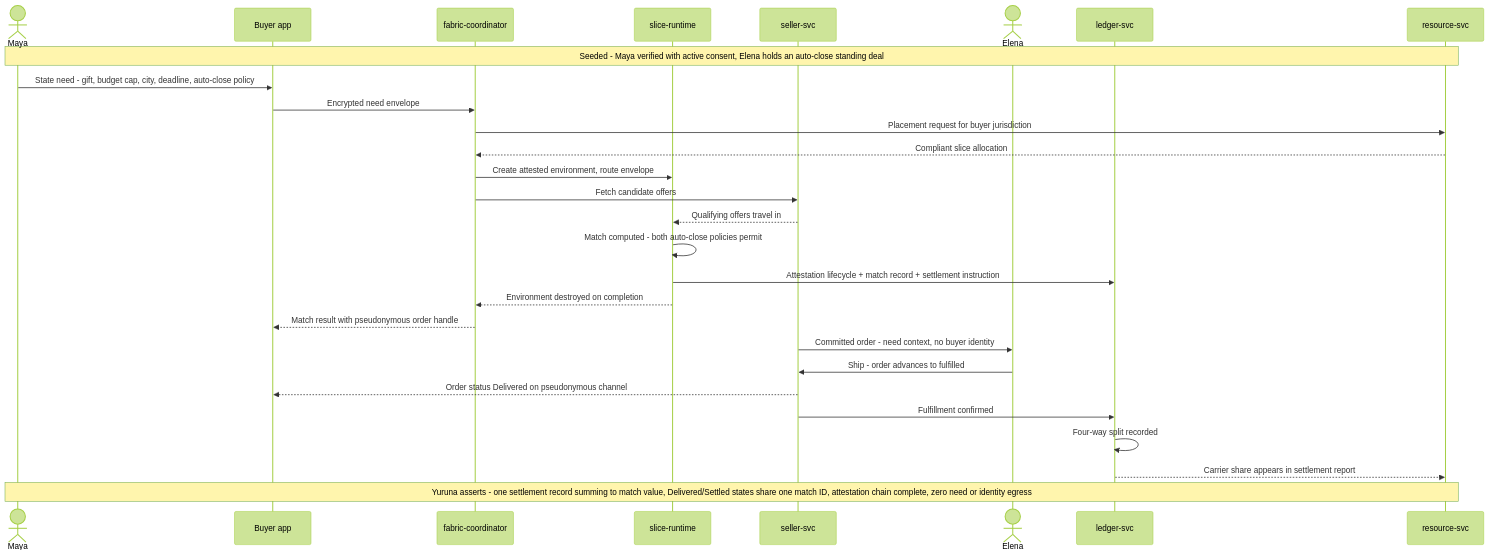
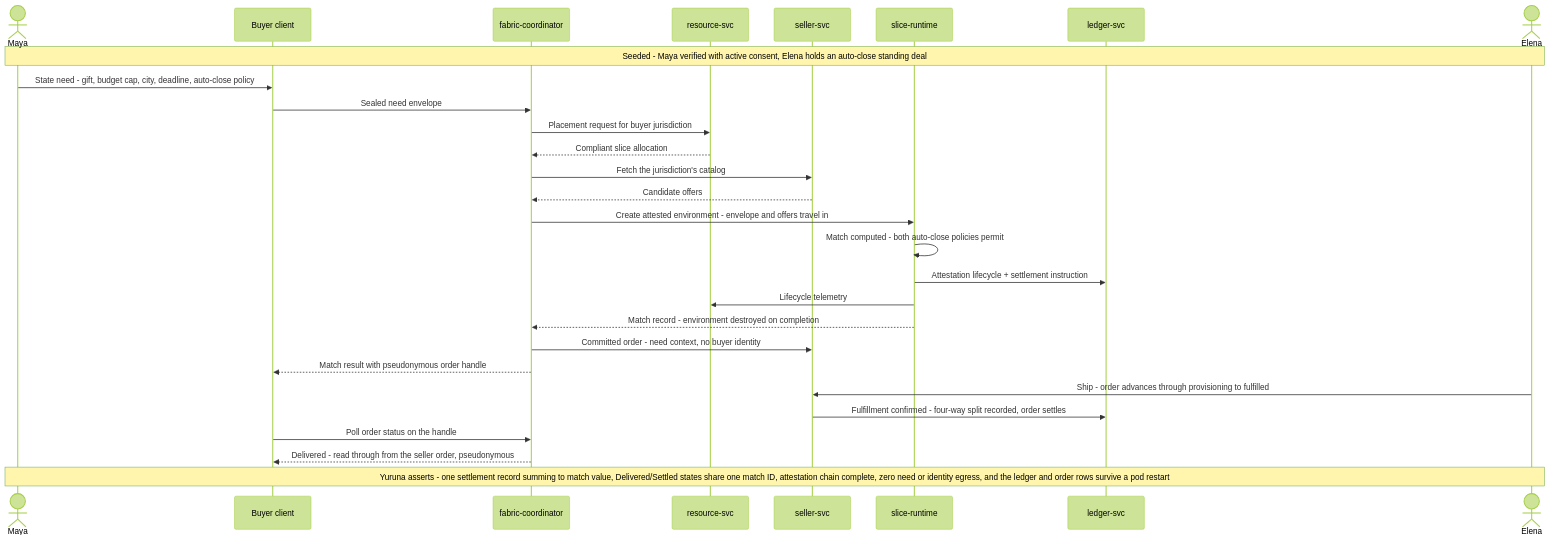
One commit to alius-git/amisad.dev changed the diagram in plan/design/seq.s001.fulfillment.md. Above: the diagram before and after it, drawn with Mermaid (forest theme). The commit also changed other lines of this file and 19 other files, not shown here.

````diff
--- a/plan/design/seq.s001.fulfillment.md
+++ b/plan/design/seq.s001.fulfillment.md
@@ -7,31 +7,31 @@
 ```mermaid
 sequenceDiagram
     actor Maya
-    participant BuyerApp as Buyer app
+    participant BuyerApp as Buyer client
     participant Coordinator as fabric-coordinator
+    participant ResourceSvc as resource-svc
+    participant SellerSvc as seller-svc
     participant SliceRT as slice-runtime
-    participant SellerSvc as seller-svc
+    participant LedgerSvc as ledger-svc
     actor Elena
-    participant LedgerSvc as ledger-svc
-    participant ResourceSvc as resource-svc
 
-    Note over Maya,ResourceSvc: Seeded - Maya verified with active consent, Elena holds an auto-close standing deal
+    Note over Maya,Elena: Seeded - Maya verified with active consent, Elena holds an auto-close standing deal
     Maya->>BuyerApp: State need - gift, budget cap, city, deadline, auto-close policy
-    BuyerApp->>Coordinator: Encrypted need envelope
+    BuyerApp->>Coordinator: Sealed need envelope
     Coordinator->>ResourceSvc: Placement request for buyer jurisdiction
     ResourceSvc-->>Coordinator: Compliant slice allocation
-    Coordinator->>SliceRT: Create attested environment, route envelope
-    Coordinator->>SellerSvc: Fetch candidate offers
-    SellerSvc-->>SliceRT: Qualifying offers travel in
+    Coordinator->>SellerSvc: Fetch the jurisdiction's catalog
+    SellerSvc-->>Coordinator: Candidate offers
+    Coordinator->>SliceRT: Create attested environment - envelope and offers travel in
     SliceRT->>SliceRT: Match computed - both auto-close policies permit
-    SliceRT->>LedgerSvc: Attestation lifecycle + match record + settlement instruction
-    SliceRT-->>Coordinator: Environment destroyed on completion
+    SliceRT->>LedgerSvc: Attestation lifecycle + settlement instruction
+    SliceRT->>ResourceSvc: Lifecycle telemetry
+    SliceRT-->>Coordinator: Match record - environment destroyed on completion
+    Coordinator->>SellerSvc: Committed order - need context, no buyer identity
     Coordinator-->>BuyerApp: Match result with pseudonymous order handle
-    SellerSvc->>Elena: Committed order - need context, no buyer identity
-    Elena->>SellerSvc: Ship - order advances to fulfilled
-    SellerSvc-->>BuyerApp: Order status Delivered on pseudonymous channel
-    SellerSvc->>LedgerSvc: Fulfillment confirmed
-    LedgerSvc->>LedgerSvc: Four-way split recorded
-    LedgerSvc-->>ResourceSvc: Carrier share appears in settlement report
-    Note over Maya,ResourceSvc: Yuruna asserts - one settlement record summing to match value, Delivered/Settled states share one match ID, attestation chain complete, zero need or identity egress
+    Elena->>SellerSvc: Ship - order advances through provisioning to fulfilled
+    SellerSvc->>LedgerSvc: Fulfillment confirmed - four-way split recorded, order settles
+    BuyerApp->>Coordinator: Poll order status on the handle
+    Coordinator-->>BuyerApp: Delivered - read through from the seller order, pseudonymous
+    Note over Maya,Elena: Yuruna asserts - one settlement record summing to match value, Delivered/Settled states share one match ID, attestation chain complete, zero need or identity egress, and the ledger and order rows survive a pod restart
 ```
````
